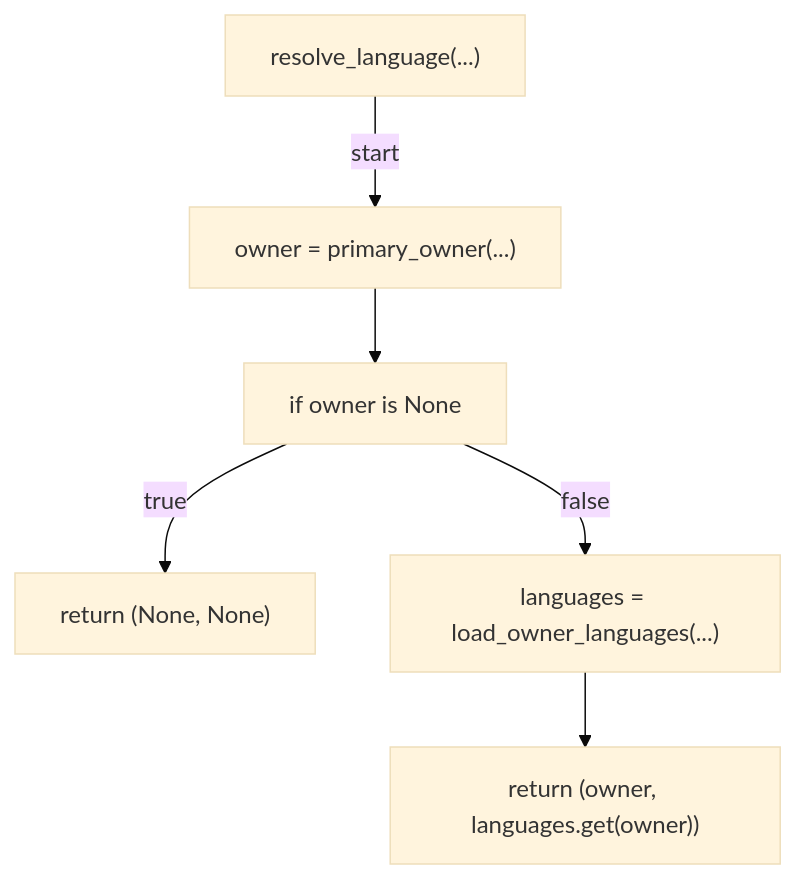
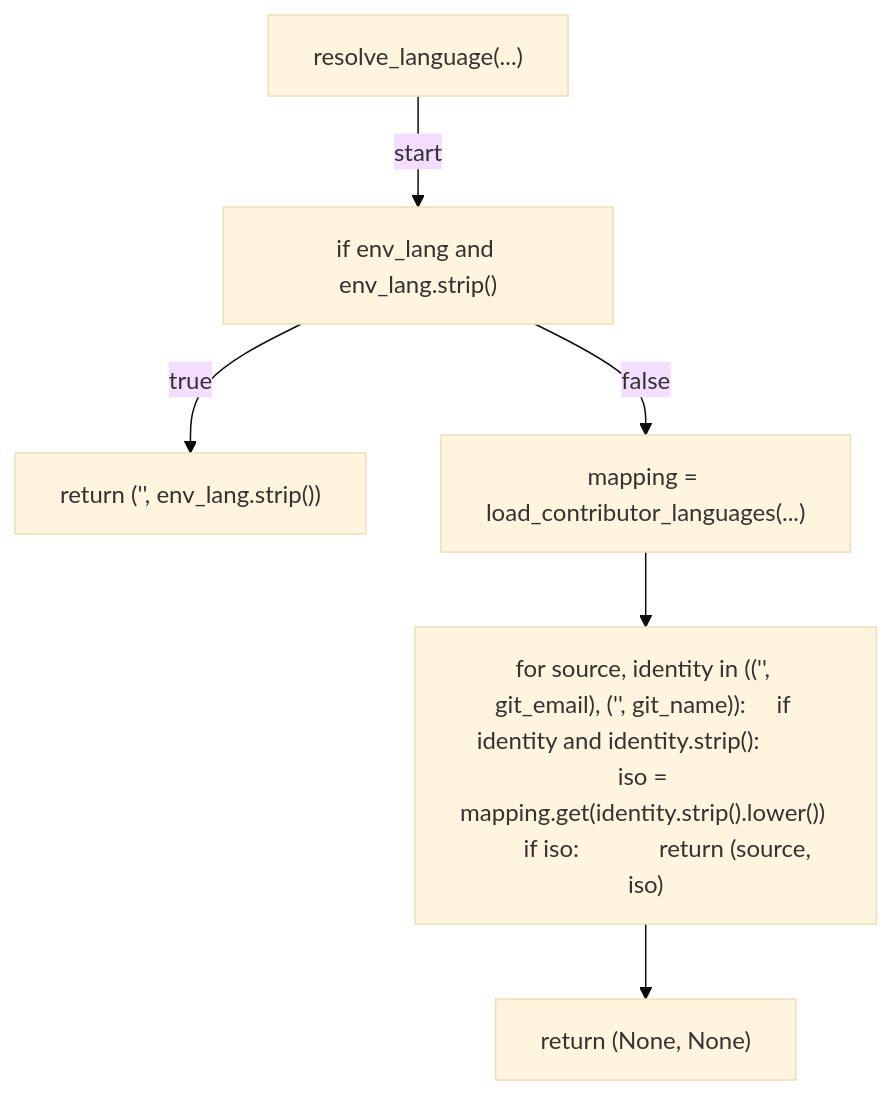
The second of 9 diagrams in docs/generated/scripts/ast/plan_language_context.md (tvna/claude-md), drawn with Mermaid (base theme) before and after one commit. The commit also changed other lines of this file, not shown here.

First line of the commit message:
docs(generated): regenerate decision tree and workflow diagrams

````diff
--- a/docs/generated/scripts/ast/plan_language_context.md
+++ b/docs/generated/scripts/ast/plan_language_context.md
@@ -64,14 +28,14 @@
 ```mermaid
 flowchart TD
     N001["resolve_language(...)"]
-    N002["owner = primary_owner(...)"]
-    N003["if owner is None"]
-    N004["return (None, None)"]
-    N005["languages = load_owner_languages(...)"]
-    N006["return (owner, languages.get(owner))"]
+    N002["if env_lang and env_lang.strip()"]
+    N003["return ('<str>', env_lang.strip())"]
+    N004["mapping = load_contributor_languages(...)"]
+    N005["for source, identity in (('<str>', git_email), ('<str>', git_name)):     if identity and identity.strip():         iso = mapping.get(identity.strip().lower())         if iso:             return (source, iso)"]
+    N006["return (None, None)"]
     N001 -->|"start"| N002
-    N002 --> N003
-    N003 -->|"true"| N004
-    N003 -->|"false"| N005
+    N002 -->|"true"| N003
+    N002 -->|"false"| N004
+    N004 --> N005
     N005 --> N006
 ```
````
